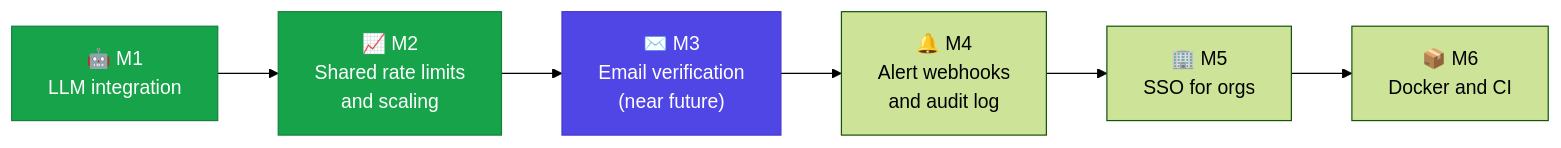
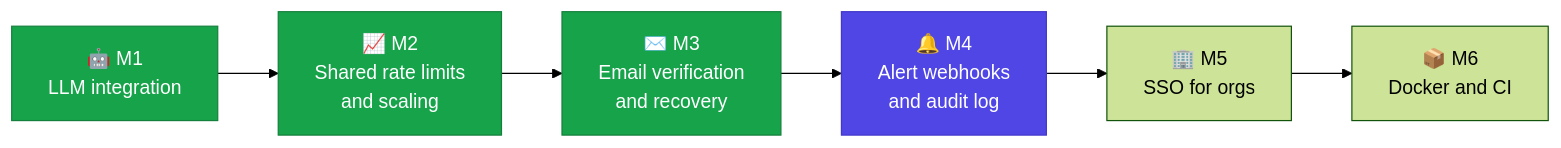
One commit to parag25mcf10022/API-Token_Abuse-protection-POC changed the second of 2 diagrams in README.md. Above: the diagram before and after it, drawn with Mermaid (forest theme). The commit also changed other lines of this file and 16 other files, not shown here.

First line of the commit message:
Email verification, password reset and security emails (M3)

````diff
--- a/README.md
+++ b/README.md
@@ -294,11 +307,12 @@
 ```mermaid
 flowchart LR
     M1["🤖 M1<br/>LLM integration"] --> M2["📈 M2<br/>Shared rate limits<br/>and scaling"]
-    M2 --> M3["✉️ M3<br/>Email verification<br/>(near future)"]
+    M2 --> M3["✉️ M3<br/>Email verification<br/>and recovery"]
     M3 --> M4["🔔 M4<br/>Alert webhooks<br/>and audit log"]
     M4 --> M5["🏢 M5<br/>SSO for orgs"]
     M5 --> M6["📦 M6<br/>Docker and CI"]
     style M1 fill:#16a34a,color:#fff,stroke:#15803d
     style M2 fill:#16a34a,color:#fff,stroke:#15803d
-    style M3 fill:#4f46e5,color:#fff,stroke:#4338ca
+    style M3 fill:#16a34a,color:#fff,stroke:#15803d
+    style M4 fill:#4f46e5,color:#fff,stroke:#4338ca
 ```
````
